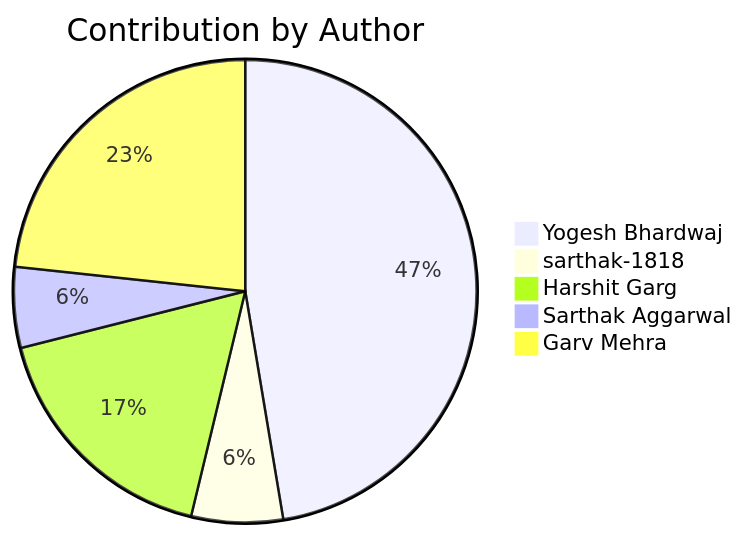
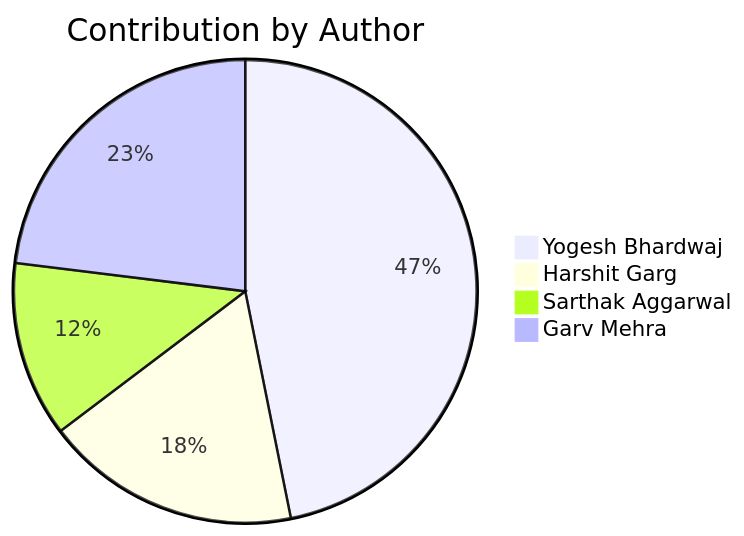
Before and after one commit to Yogesh-Bhardwaj-hue/Scm-Final_2.0: the second of 2 diagrams in README.md, drawn with Mermaid. The commit also changed other lines of this file, not shown here.

Commit message:
715p3HdnQkcV

````diff
--- a/README.md
+++ b/README.md
@@ -190,8 +190,7 @@
 ```mermaid
 pie title Contribution by Author
     "Yogesh Bhardwaj": 126
-    "sarthak-1818": 17
-    "Harshit Garg": 46
-    "Sarthak Aggarwal": 15
+    "Harshit Garg": 48
+    "Sarthak Aggarwal": 33
     "Garv Mehra": 62
 ```
````
